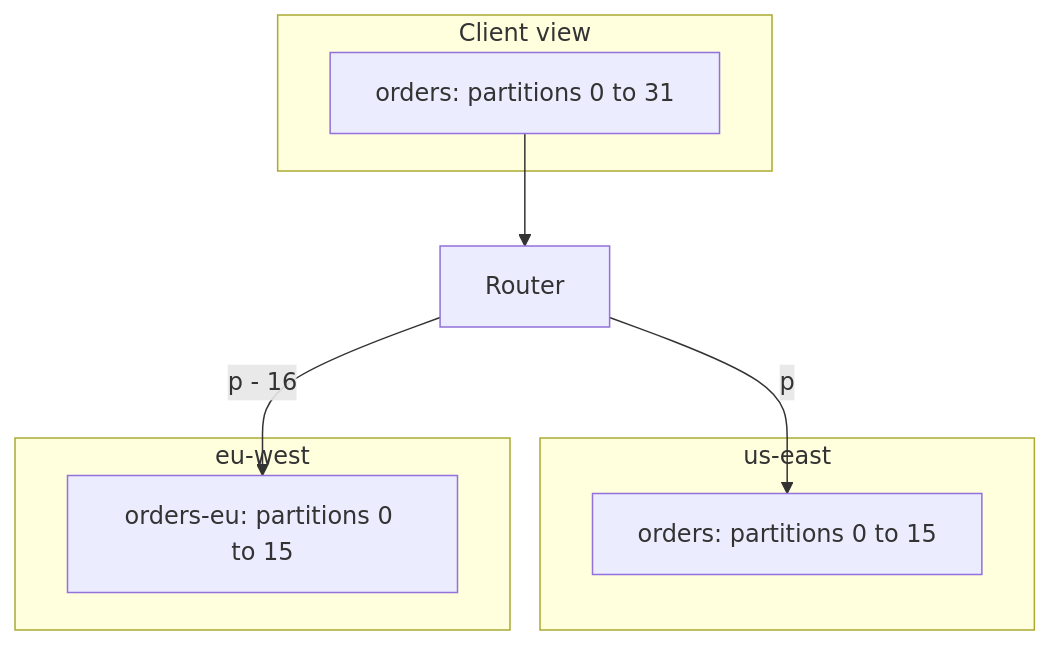
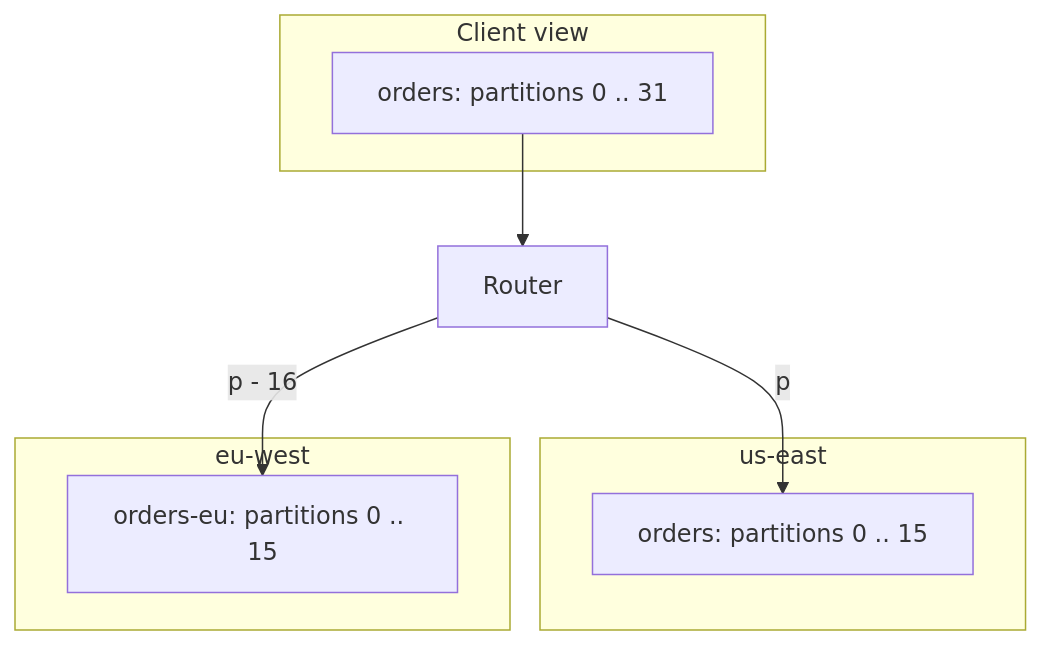
One commit to kroxylicious/kroxylicious.github.io changed the diagram in _posts/2026-11-03-partition-weaving-stretching-the-seams-of-a-topic.md. Above: the diagram before and after it, drawn with Mermaid. The commit also changed other lines of this file and 1 other file, not shown here.

Commit message:
Add partition ranges diagram to partition weaving post

````diff
--- a/_posts/2026-11-03-partition-weaving-stretching-the-seams-of-a-topic.md
+++ b/_posts/2026-11-03-partition-weaving-stretching-the-seams-of-a-topic.md
@@ -25,16 +25,16 @@
 ```mermaid
 graph TB
     subgraph Client view
-        L["orders: partitions 0 to 31"]
+        L["orders: partitions 0 .. 31"]
     end
     R[Router]
     subgraph us-east
-        A["orders: partitions 0 to 15"]
+        A["orders: partitions 0 .. 15"]
     end
     subgraph eu-west
-        B["orders-eu: partitions 0 to 15"]
+        B["orders-eu: partitions 0 .. 15"]
     end
     L --> R
     R -- "p" --> A
     R -- "p - 16" --> B
 ```
````
